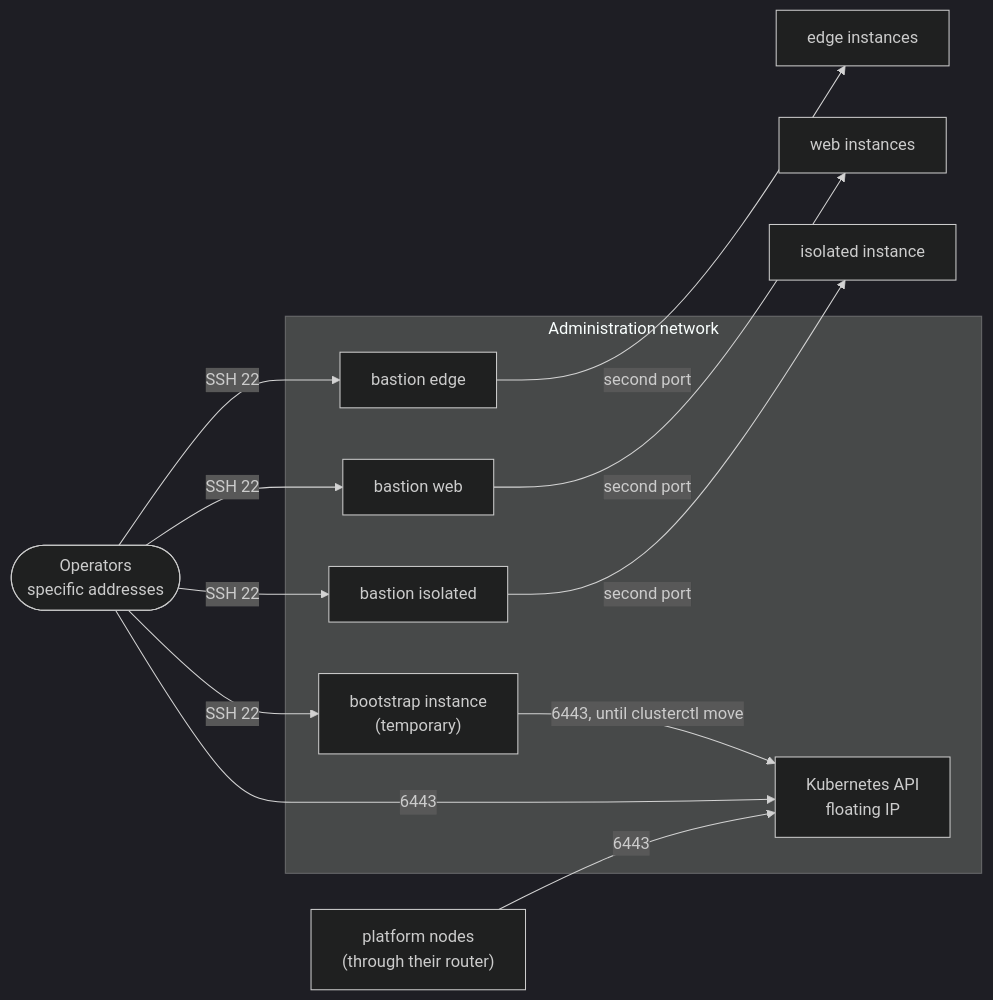
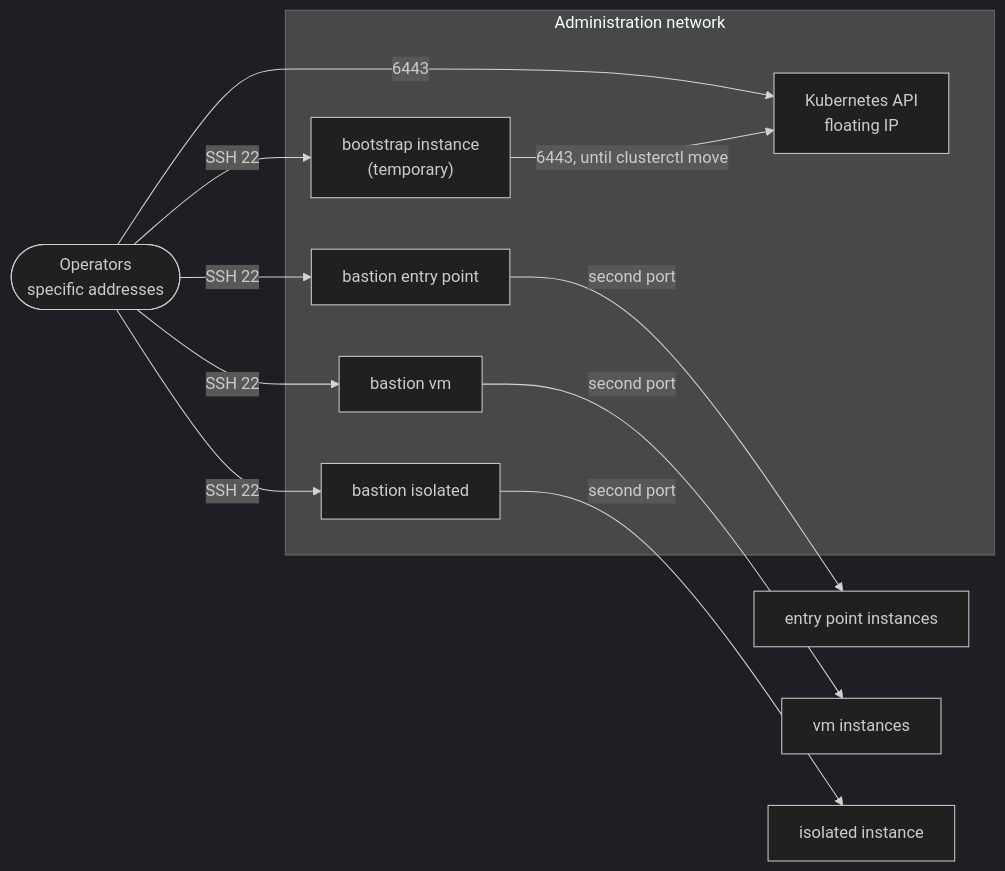
The sixth of 8 diagrams in docs/concepts/architecture.md (CyprisTech/openstack-multitenant-reference), drawn with Mermaid (dark theme) before and after one commit. The commit also changed other lines of this file and 67 other files, not shown here.

````diff
--- a/docs/concepts/architecture.md
+++ b/docs/concepts/architecture.md
@@ -134,18 +169,17 @@
 ```mermaid
 flowchart LR
     OPS(["Operators<br/>specific addresses"])
     subgraph ADM["Administration network"]
-        B1["bastion edge"]
-        B2["bastion web"]
+        B1["bastion entry point"]
+        B2["bastion vm"]
         B3["bastion isolated"]
         API["Kubernetes API<br/>floating IP"]
         BS["bootstrap instance<br/>(temporary)"]
     end
     OPS -->|"SSH 22"| B1 & B2 & B3 & BS
     OPS -->|"6443"| API
-    B1 -->|"second port"| E["edge instances"]
-    B2 -->|"second port"| W["web instances"]
+    B1 -->|"second port"| E["entry point instances"]
+    B2 -->|"second port"| W["vm instances"]
     B3 -->|"second port"| I["isolated instance"]
     BS -->|"6443, until clusterctl move"| API
-    N["platform nodes<br/>(through their router)"] -->|"6443"| API
 ```
````
